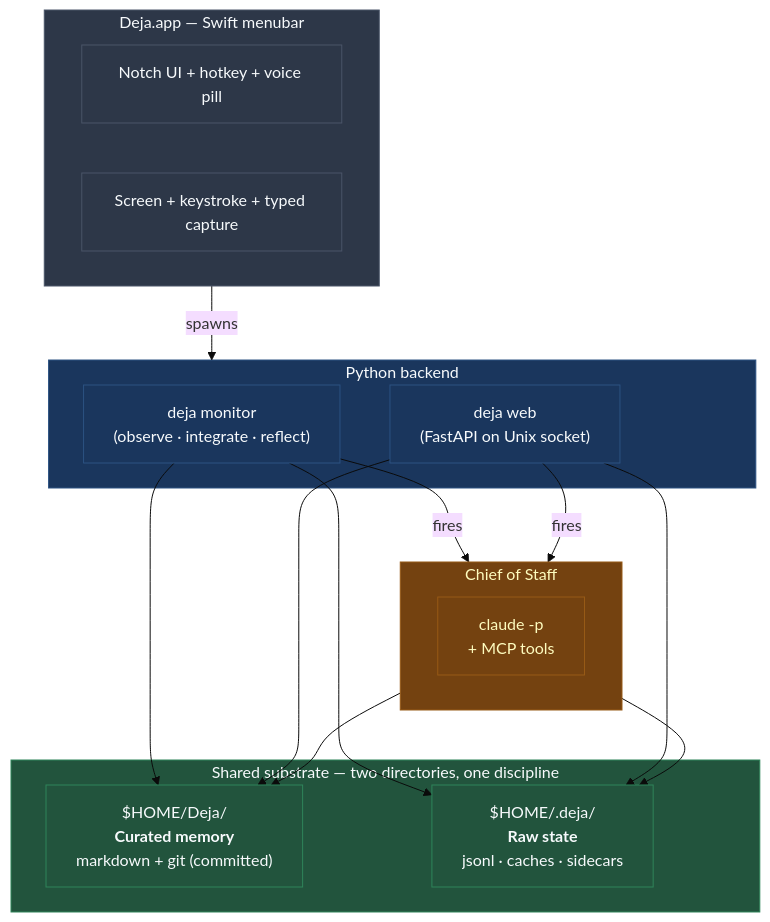
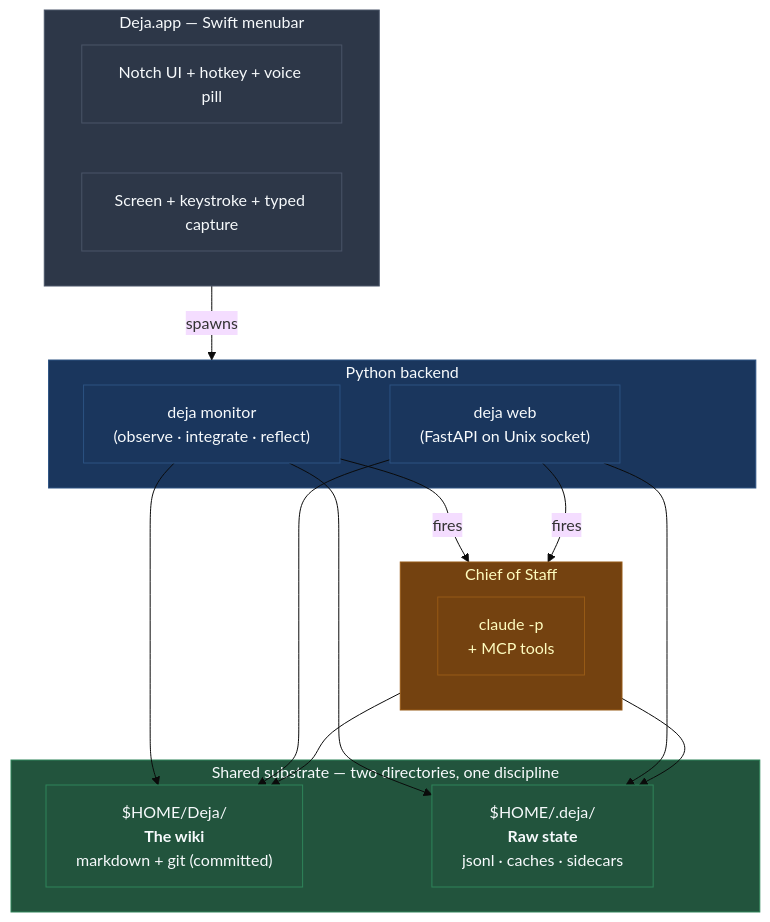
The diagram in docs-site/docs/index.md (dwurtz/lighthouse), drawn with Mermaid (base theme) before and after one commit. The commit also changed other lines of this file and 1 other file, not shown here.

First line of the commit message:
docs-site: use 'the wiki' terminology consistently in the substrate diagram + tables

````diff
--- a/docs-site/docs/index.md
+++ b/docs-site/docs/index.md
@@ -9,40 +9,40 @@
 ```mermaid
 flowchart TB
     subgraph SwiftApp["Deja.app — Swift menubar"]
         UI[Notch UI + hotkey + voice pill]
         Cap[Screen + keystroke + typed capture]
     end
 
     subgraph Python["Python backend"]
         Monitor["deja monitor<br/>(observe · integrate · reflect)"]
         Web["deja web<br/>(FastAPI on Unix socket)"]
     end
 
     subgraph Storage["Shared substrate — two directories, one discipline"]
-        Wiki["$HOME/Deja/<br/><b>Curated memory</b><br/>markdown + git (committed)"]
+        Wiki["$HOME/Deja/<br/><b>The wiki</b><br/>markdown + git (committed)"]
         State["$HOME/.deja/<br/><b>Raw state</b><br/>jsonl · caches · sidecars"]
     end
 
     subgraph Cos["Chief of Staff"]
         C["claude -p<br/>+ MCP tools"]
     end
 
     SwiftApp -- spawns --> Python
     Monitor --> Wiki
     Monitor --> State
     Web --> Wiki
     Web --> State
     Monitor -- fires --> Cos
     Web -- fires --> Cos
     Cos --> Wiki
     Cos --> State
 
     classDef swift fill:#2d3748,stroke:#4a5568,color:#f7fafc
     classDef py fill:#1a365d,stroke:#2c5282,color:#f7fafc
     classDef store fill:#22543d,stroke:#2f855a,color:#f7fafc
     classDef cos fill:#744210,stroke:#975a16,color:#fefcbf
     class SwiftApp,UI,Cap swift
     class Python,Monitor,Web py
     class Storage,Wiki,State store
     class Cos,C cos
 ```
````
